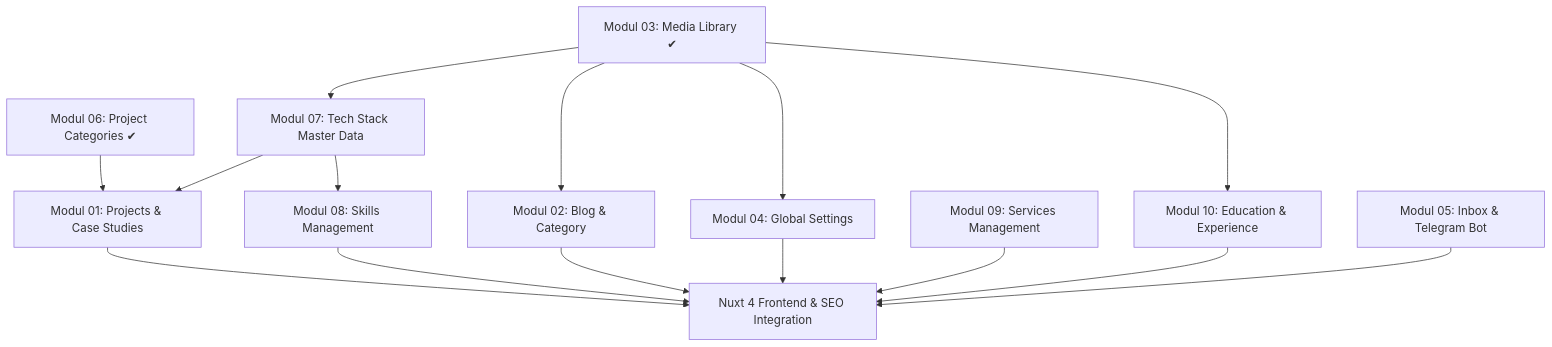
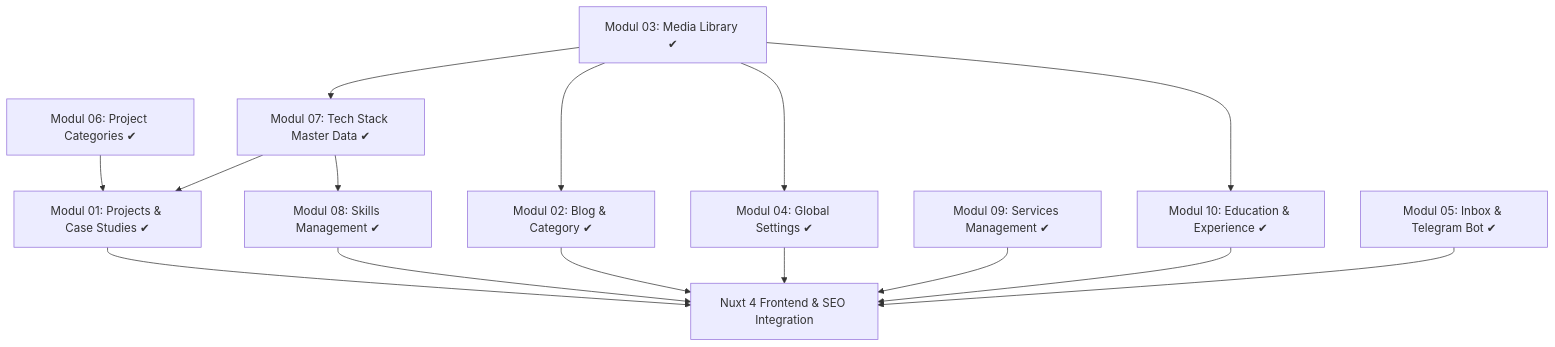
The diagram in docs/roadmap.md (M-IhsanMaulana/growthcoder-portfolio), drawn with Mermaid before and after one commit. The commit also changed other lines of this file and 215 other files, not shown here.

````diff
--- a/docs/roadmap.md
+++ b/docs/roadmap.md
@@ -26,31 +26,31 @@
 ```mermaid
 graph TD
     M03[Modul 03: Media Library ✔]
     M06[Modul 06: Project Categories ✔]
-    M07[Modul 07: Tech Stack Master Data]
-    M01[Modul 01: Projects & Case Studies]
-    M08[Modul 08: Skills Management]
-    M02[Modul 02: Blog & Category]
-    M04[Modul 04: Global Settings]
-    M09[Modul 09: Services Management]
-    M10[Modul 10: Education & Experience]
-    M05[Modul 05: Inbox & Telegram Bot]
+    M07[Modul 07: Tech Stack Master Data ✔]
+    M01[Modul 01: Projects & Case Studies ✔]
+    M08[Modul 08: Skills Management ✔]
+    M02[Modul 02: Blog & Category ✔]
+    M04[Modul 04: Global Settings ✔]
+    M09[Modul 09: Services Management ✔]
+    M10[Modul 10: Education & Experience ✔]
+    M05[Modul 05: Inbox & Telegram Bot ✔]
     NUXT[Nuxt 4 Frontend & SEO Integration]
 
     M03 --> M07
     M03 --> M02
     M03 --> M04
     M03 --> M10
 
     M06 --> M01
     M07 --> M01
     M07 --> M08
 
     M01 --> NUXT
     M08 --> NUXT
     M02 --> NUXT
     M04 --> NUXT
     M09 --> NUXT
     M10 --> NUXT
     M05 --> NUXT
 ```
````
